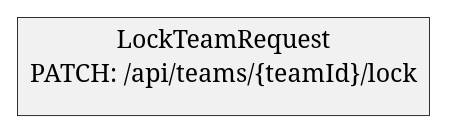
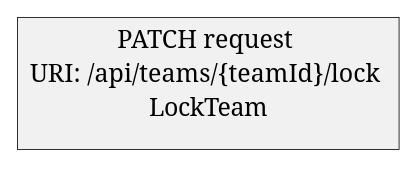
One commit to JKMN-Projects/TeamTactics changed the diagram in docs/JSON Contracts/Requests/LockTeam.puml. Above: the diagram before and after it, drawn with PlantUML. The commit also changed 20 other files, not shown here.

```diff
--- a/docs/JSON Contracts/Requests/LockTeam.puml
+++ b/docs/JSON Contracts/Requests/LockTeam.puml
@@ -1,7 +1,5 @@
-@startuml Lock team Request
+@startuml Lock team request
 
-json "LockTeamRequest\nPATCH: /api/teams/{teamId}/lock" as lockTeamRequest {
-    
-}
+json "PATCH request \nURI: /api/teams/{teamId}/lock \nLockTeam" as LockTeam {}
 
 @enduml
```
